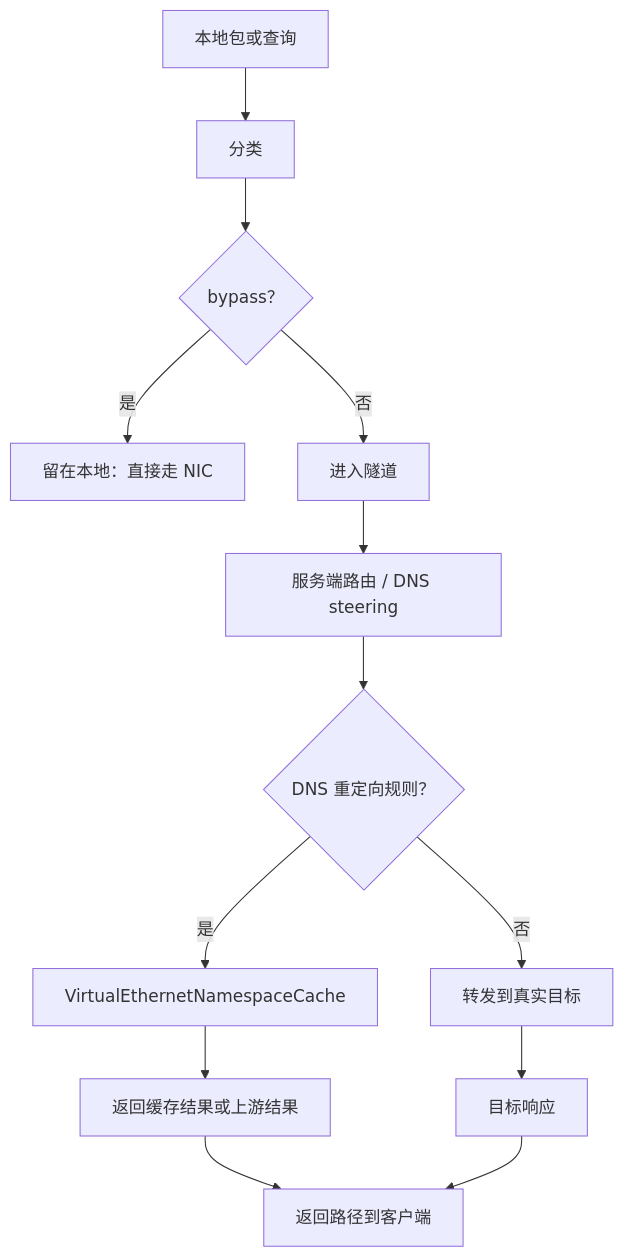
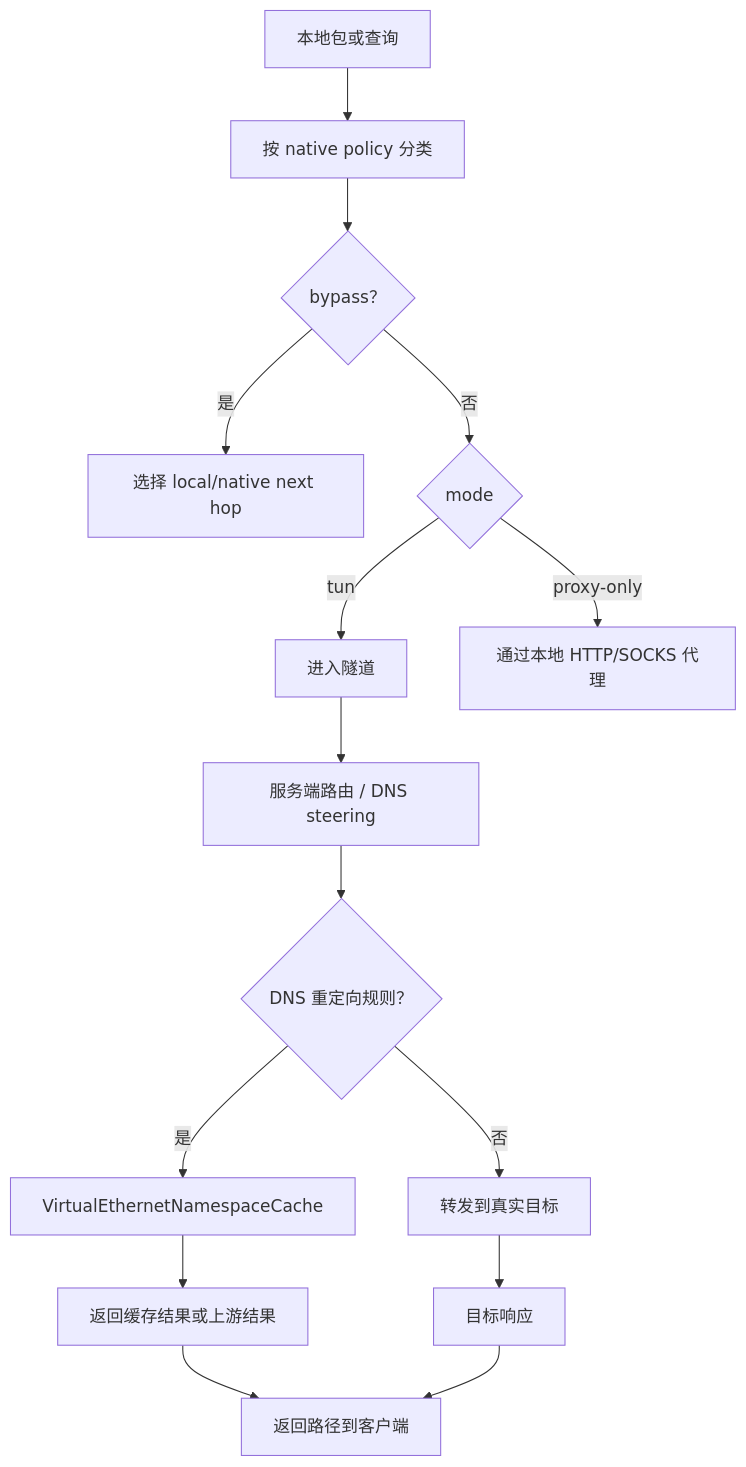
One commit to rebecca554owen/openppp2 changed the sixth of 8 diagrams in docs/guides/ROUTING_AND_DNS_CN.md. Above: the diagram before and after it, drawn with Mermaid. The commit also changed other lines of this file and 34 other files, not shown here.

````diff
--- a/docs/guides/ROUTING_AND_DNS_CN.md
+++ b/docs/guides/ROUTING_AND_DNS_CN.md
@@ -303,15 +363,17 @@
 ```mermaid
 flowchart TD
-    A[本地包或查询] --> B[分类]
+    A[本地包或查询] --> B[按 native policy 分类]
     B --> C{bypass？}
-    C -->|是| D[留在本地：直接走 NIC]
-    C -->|否| E[进入隧道]
-    E --> F[服务端路由 / DNS steering]
-    F --> G{DNS 重定向规则？}
-    G -->|是| H[VirtualEthernetNamespaceCache]
-    G -->|否| I[转发到真实目标]
-    H --> J[返回缓存结果或上游结果]
-    I --> K[目标响应]
-    J --> L[返回路径到客户端]
-    K --> L
+    C -->|是| D[选择 local/native next hop]
+    C -->|否| E{mode}
+    E -->|tun| F[进入隧道]
+    E -->|proxy-only| G[通过本地 HTTP/SOCKS 代理]
+    F --> H[服务端路由 / DNS steering]
+    H --> I{DNS 重定向规则？}
+    I -->|是| J[VirtualEthernetNamespaceCache]
+    I -->|否| K[转发到真实目标]
+    J --> L[返回缓存结果或上游结果]
+    K --> M[目标响应]
+    L --> N[返回路径到客户端]
+    M --> N
 ```
````
